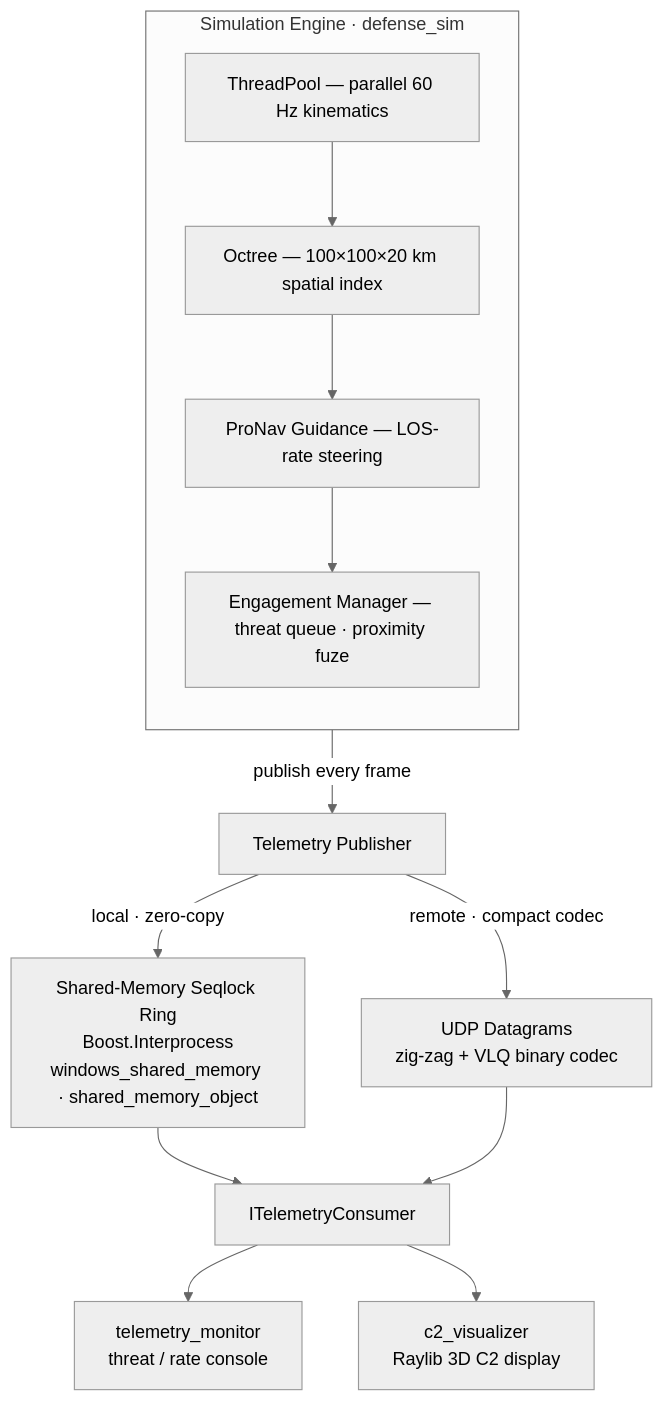
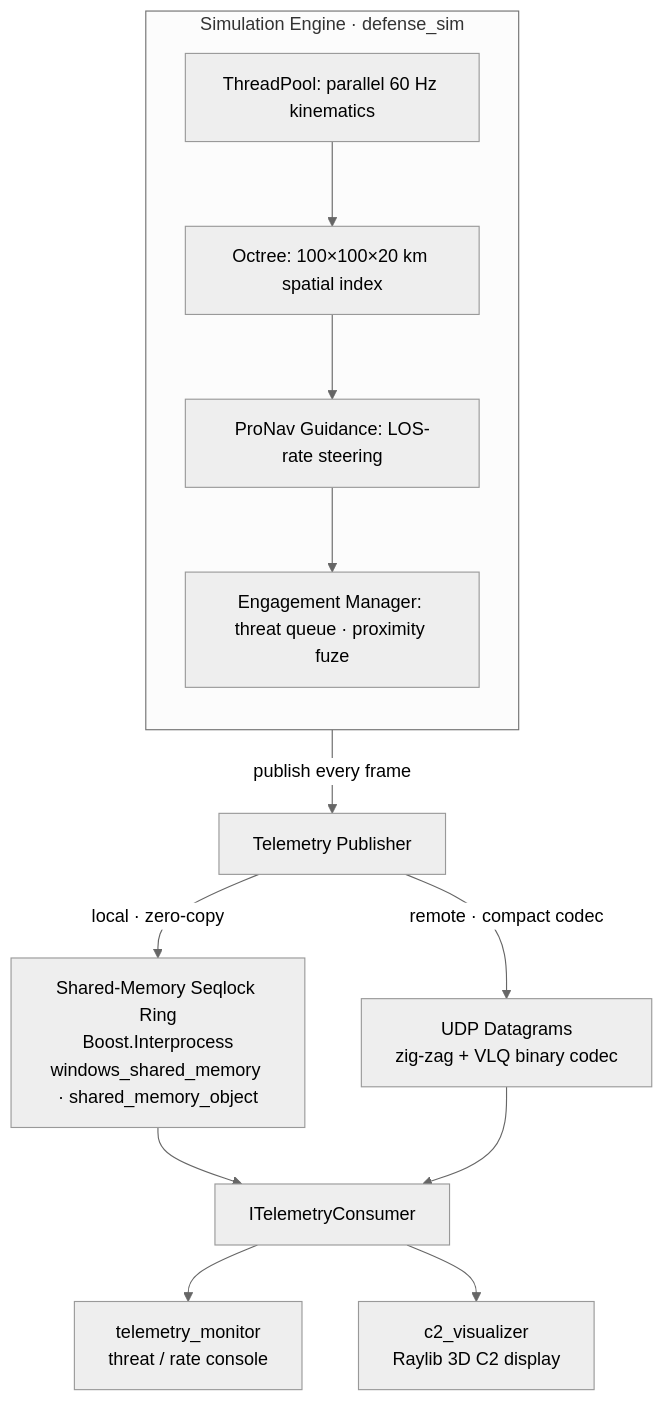
The diagram in README.md (lukehinojosa/DefenseSimulation), drawn with Mermaid (neutral theme) before and after one commit. The commit also changed other lines of this file and 15 other files, not shown here.

````diff
--- a/README.md
+++ b/README.md
@@ -22,22 +22,22 @@
 ```mermaid
 flowchart TB
     subgraph ENGINE["Simulation Engine · defense_sim"]
         direction TB
-        TP["ThreadPool — parallel 60 Hz kinematics"]
-        OCT["Octree — 100×100×20 km spatial index"]
-        GUID["ProNav Guidance — LOS-rate steering"]
-        ENG["Engagement Manager — threat queue · proximity fuze"]
+        TP["ThreadPool: parallel 60 Hz kinematics"]
+        OCT["Octree: 100×100×20 km spatial index"]
+        GUID["ProNav Guidance: LOS-rate steering"]
+        ENG["Engagement Manager: threat queue · proximity fuze"]
         TP --> OCT --> GUID --> ENG
     end
 
     ENGINE -->|"publish every frame"| PUB["Telemetry Publisher"]
 
     PUB -->|"local · zero-copy"| SHM["Shared-Memory Seqlock Ring<br/>Boost.Interprocess<br/>windows_shared_memory · shared_memory_object"]
     PUB -->|"remote · compact codec"| UDP["UDP Datagrams<br/>zig-zag + VLQ binary codec"]
 
     SHM --> IFACE["ITelemetryConsumer"]
     UDP --> IFACE
 
     IFACE --> MON["telemetry_monitor<br/>threat / rate console"]
     IFACE --> VIZ["c2_visualizer<br/>Raylib 3D C2 display"]
 ```
````
